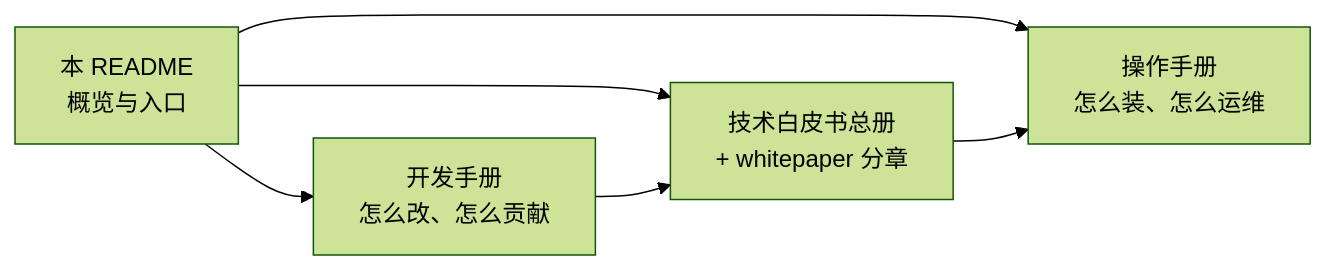
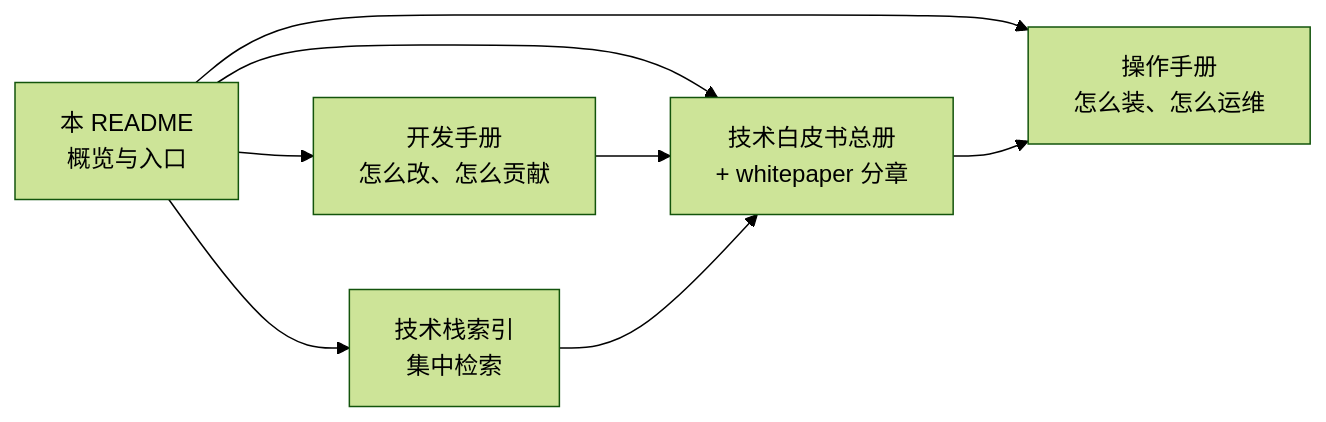
The diagram in README.md (brinnatt/kubeauto), drawn with Mermaid (forest theme) before and after one commit. The commit also changed other lines of this file and 10 other files, not shown here.

````diff
--- a/README.md
+++ b/README.md
@@ -37,8 +40,10 @@
 ```mermaid
 flowchart LR
   R[本 README<br/>概览与入口] --> O[操作手册<br/>怎么装、怎么运维]
   R --> W[技术白皮书总册<br/>+ whitepaper 分章]
   R --> D[开发手册<br/>怎么改、怎么贡献]
+  R --> I[技术栈索引<br/>集中检索]
   W --> O
   D --> W
+  I --> W
 ```
````
